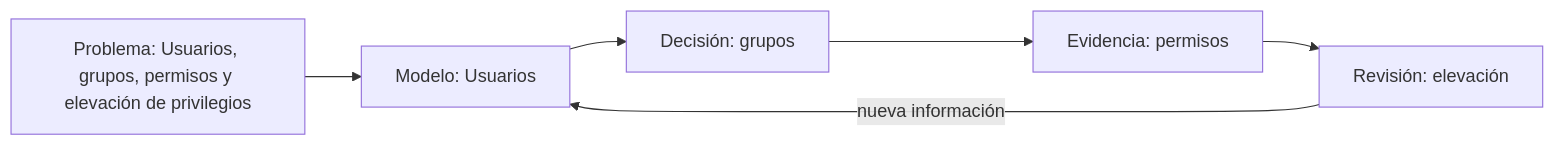
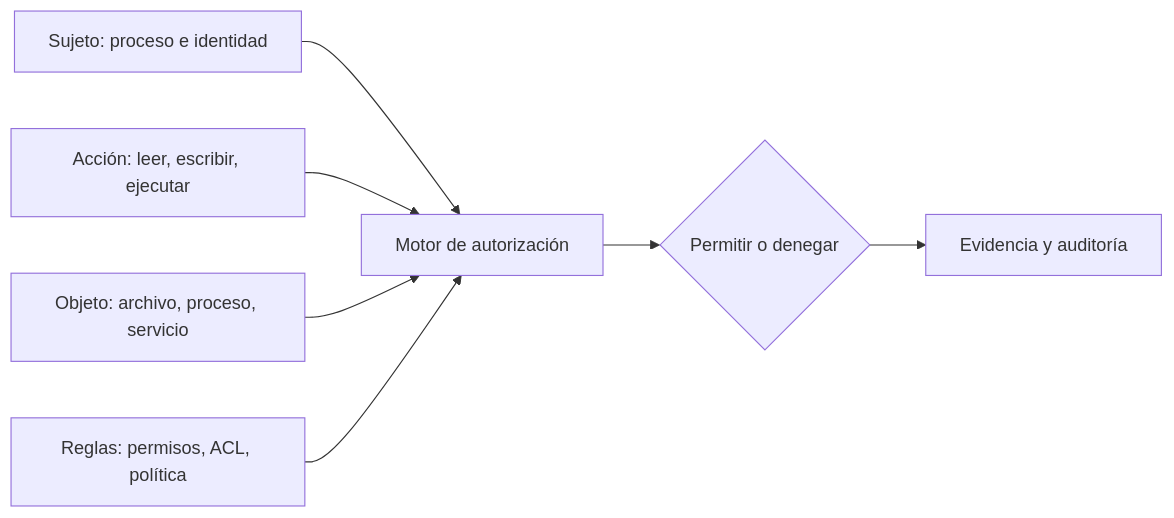
One commit to vladimiracunadev-create/modern-software-engineering-program changed the second of 2 diagrams in classes/part-02-sistemas-operativos-terminal-y-automatizacion-base/se-027-usuarios-grupos-permisos-y-elevacion-de-privilegios/README.md. Above: the diagram before and after it, drawn with Mermaid. The commit also changed other lines of this file and 85 other files, not shown here.

````diff
--- a/classes/part-02-sistemas-operativos-terminal-y-automatizacion-base/se-027-usuarios-grupos-permisos-y-elevacion-de-privilegios/README.md
+++ b/classes/part-02-sistemas-operativos-terminal-y-automatizacion-base/se-027-usuarios-grupos-permisos-y-elevacion-de-privilegios/README.md
@@ -40,8 +62,9 @@
 ```mermaid
 flowchart LR
-    P["Problema: Usuarios, grupos, permisos y elevación de privilegios"] --> M["Modelo: Usuarios"]
-    M --> D["Decisión: grupos"]
-    D --> E["Evidencia: permisos"]
-    E --> R["Revisión: elevación"]
-    R -->|nueva información| M
+    S[Sujeto: proceso e identidad] --> P[Motor de autorización]
+    A[Acción: leer, escribir, ejecutar] --> P
+    O[Objeto: archivo, proceso, servicio] --> P
+    R[Reglas: permisos, ACL, política] --> P
+    P --> D{Permitir o denegar}
+    D --> E[Evidencia y auditoría]
 ```
````
